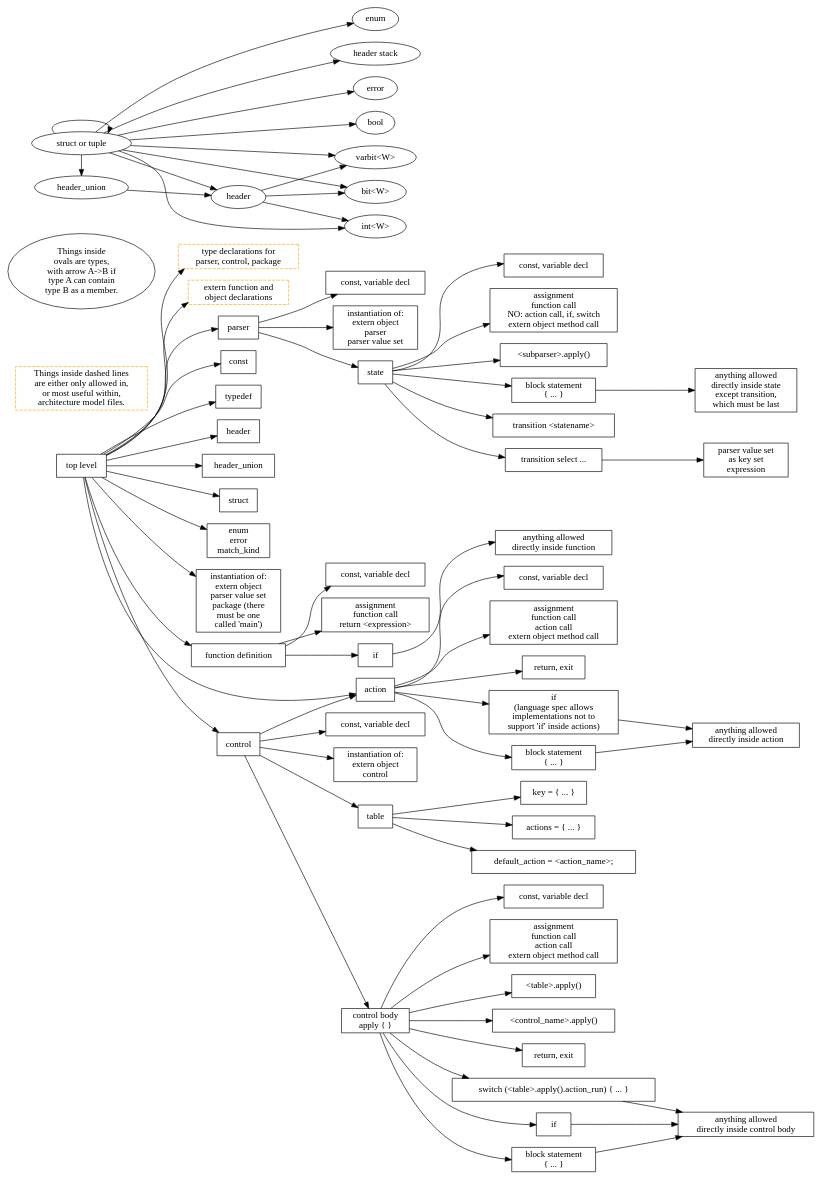
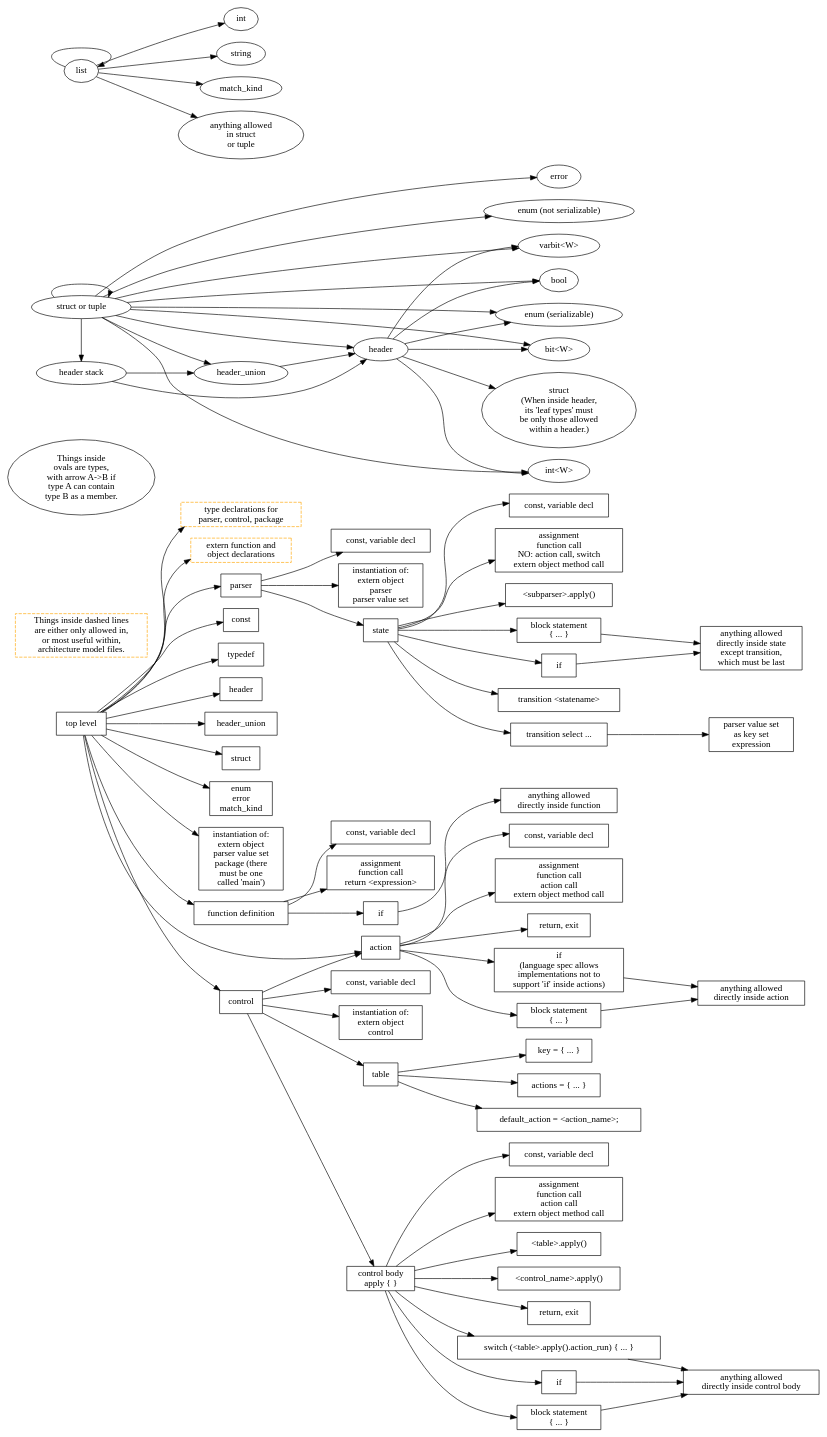
Before and after one commit to jafingerhut/p4-guide: the diagram in p4-16-allowed-constructs.dot, drawn with Graphviz. The commit also changed 2 other files, not shown here.

Commit message:
Updated p4-16-allowed-constructs files for 2024-Feb-15 Added: It is allowed to have `if` statements inside of parser states.
Replaced the table in text version describing what types can be
contained within other types, with a reference to the table in the
language specification that now officially documents those.  Updated
the figure version to match that table in the spec.

```diff
--- a/p4-16-allowed-constructs.dot
+++ b/p4-16-allowed-constructs.dot
@@ -1,169 +1,198 @@
 digraph p4_16_allowed_construct_nesting {
 
     node [shape=box];
     rankdir=LR;
-    
+
     toplevel [label="top level"];
     legend_bold_orange_box [label="Things inside dashed lines\nare either only allowed in,\nor most useful within,\narchitecture model files." style=dashed color=orange];
 
     toplevel -> typeDeclaration;
     typeDeclaration [label="type declarations for\nparser, control, package" style=dashed color=orange];
     toplevel -> externDeclaration;
     externDeclaration [label="extern function and\n object declarations" style=dashed color=orange];
     toplevel -> parserDeclaration;
     parserDeclaration [label="parser"];
     toplevel -> constantDeclaration1;
     constantDeclaration1 [label="const"];
     toplevel -> typedefDeclaration;
     typedefDeclaration [label="typedef"];
     toplevel -> headerTypeDeclaration;
     headerTypeDeclaration [label="header"];
     toplevel -> headerUnionDeclaration;
     headerUnionDeclaration [label="header_union"];
     toplevel -> structTypeDeclaration;
     structTypeDeclaration [label="struct"];
     toplevel -> enumErrorMatchKindDeclaration;
     enumErrorMatchKindDeclaration [label="enum\nerror\nmatch_kind"];
     toplevel -> Instantiation;
     Instantiation [label="instantiation of:\nextern object\nparser value set\npackage (there\nmust be one\ncalled 'main')"];
     toplevel -> functionDefinition;
     functionDefinition [label="function definition"];
     toplevel -> actionDeclaration;
     actionDeclaration [label="action"];
     toplevel -> controlDeclaration;
     controlDeclaration [label="control"];
 
     // this is 'parser <name> (<parameters>) { ... }'
     parserDeclaration -> constantOrVariableDeclaration2;
     constantOrVariableDeclaration2 [label="const, variable decl"];
     parserDeclaration -> Instantiation2;
     Instantiation2 [label="instantiation of:\nextern object\nparser\nparser value set"];
     parserDeclaration -> parserState;
 
     parserState [label="state"];
     parserState -> constantOrVariableDeclaration3;
     constantOrVariableDeclaration3 [label="const, variable decl"];
     parserState -> assignmentActionMethodCallStatement3;
-    assignmentActionMethodCallStatement3 [label="assignment\nfunction call\nNO: action call, if, switch\nextern object method call"];
+    assignmentActionMethodCallStatement3 [label="assignment\nfunction call\nNO: action call, switch\nextern object method call"];
     parserState -> parserApplyCallStatement3;
     parserApplyCallStatement3 [label="<subparser>.apply()"];
     parserState -> blockStatement3;
     blockStatement3 [label="block statement\n{ ... }"];
     blockStatement3 -> blockStatementInParserState;
     blockStatementInParserState [label="anything allowed\ndirectly inside state\nexcept transition,\nwhich must be last"];
+    parserState -> conditionalStatement8;
+    conditionalStatement8 [label="if"];
+    conditionalStatement8 -> blockStatementInParserState;
     parserState -> transitionStatement1;
     parserState -> transitionStatement2;
     transitionStatement1 [label="transition <statename>"];
     transitionStatement2 [label="transition select ..."];
     transitionStatement2 -> parserValueSetCall;
     parserValueSetCall [label="parser value set\nas key set\nexpression"];
 
     controlDeclaration -> constantOrVariableDeclaration4;
     constantOrVariableDeclaration4 [label="const, variable decl"];
     controlDeclaration -> Instantiation4;
     Instantiation4 [label="instantiation of:\nextern object\ncontrol"];
     controlDeclaration -> actionDeclaration;
     controlDeclaration -> tableDeclaration;
     controlDeclaration -> controlBody;
     controlBody [label="control body\napply { }"];
 
     tableDeclaration [label="table"];
     tableDeclaration -> tablePropertyKey;
     tablePropertyKey [label="key = { ... }"];
     tableDeclaration -> tablePropertyActions;
     tablePropertyActions [label="actions = { ... }"];
     tableDeclaration -> tablePropertyDefaultAction;
     tablePropertyDefaultAction [label="default_action = <action_name>;"];
 
     functionDefinition -> constantOrVariableDeclaration7;
     constantOrVariableDeclaration7 [label="const, variable decl"];
     functionDefinition -> assignmentFunctionCallStatement1;
     assignmentFunctionCallStatement1 [label="assignment\nfunction call\nreturn <expression>"];
     functionDefinition -> conditionalStatement7;
     conditionalStatement7 [label="if"];
     conditionalStatement7 -> blockStatementInFunctionDefinition;
     blockStatementInFunctionDefinition [label="anything allowed\ndirectly inside function"];
 
     actionDeclaration -> constantOrVariableDeclaration5;
     constantOrVariableDeclaration5 [label="const, variable decl"];
     actionDeclaration -> assignmentActionMethodCallStatement5;
     assignmentActionMethodCallStatement5 [label="assignment\nfunction call\naction call\nextern object method call"];
     actionDeclaration -> returnOrExitStatement5;
     returnOrExitStatement5 [label="return, exit"];
     actionDeclaration -> conditionalStatement5;
     conditionalStatement5 [label="if\n(language spec allows\nimplementations not to\nsupport 'if' inside actions)"];
     conditionalStatement5 -> blockStatementInActionDeclaration;
     actionDeclaration -> blockStatement5;
     blockStatement5 [label="block statement\n{ ... }"];
     blockStatement5 -> blockStatementInActionDeclaration;
     blockStatementInActionDeclaration [label="anything allowed\ndirectly inside action"];
 
     // I am making up actionCallStatement.  It might most closely
     // correspond in P4_16 grammar to assignmentOrMethodCallStatement.
     //actionCallStatement
 
     controlBody -> constantOrVariableDeclaration6;
     constantOrVariableDeclaration6 [label="const, variable decl"];
     controlBody -> assignmentActionMethodCallStatement6;
     assignmentActionMethodCallStatement6 [label="assignment\nfunction call\naction call\nextern object method call"];
     controlBody -> tableApplyCall6;
     tableApplyCall6 [label="<table>.apply()"];
     controlBody -> controlCallStatement6;
     controlCallStatement6 [label="<control_name>.apply()"];
     controlBody -> returnOrExitStatement6;
     returnOrExitStatement6 [label="return, exit"];
     controlBody -> switchStatement6;
     switchStatement6 [label="switch (<table>.apply().action_run) { ... }"];
     switchStatement6 -> blockStatementInControlBody;
     controlBody -> conditionalStatement6;
     conditionalStatement6 [label="if"];
     conditionalStatement6 -> blockStatementInControlBody;
     controlBody -> blockStatement6;
     blockStatement6 [label="block statement\n{ ... }"];
     blockStatement6 -> blockStatementInControlBody;
     blockStatementInControlBody [label="anything allowed\ndirectly inside control body"];
 
 
     legend_oval [label="Things inside\novals are types,\nwith arrow A->B if\ntype A can contain\ntype B as a member." shape=oval];
 
     {
     rank=same;
     containerStructOrTuple [shape=oval label="struct or tuple"];
     //containerStruct [shape=oval label="struct"];
     //containerTuple [shape=oval label="tuple"];
+    containerHeaderStack [shape=oval label="header stack"];
+    containerList [shape=oval label="list"];
+    }
+
+    {
+    rank=same;
     containerHeaderUnion [shape=oval label="header_union"];
     }
 
     {
     rank=same;
     containerHeader [shape=oval label="header"];
     }
 
     {
     rank=same;
     elementBitW [shape=oval label="bit<W>"];
     elementIntW [shape=oval label="int<W>"];
     elementVarbitW [shape=oval label="varbit<W>"];
     elementError [shape=oval label="error"];
     elementBool [shape=oval label="bool"];
-    elementEnum [shape=oval label="enum"];
-    elementHeaderStack [shape=oval label="header stack"];
+    elementSerializableEnum [shape=oval label="enum (serializable)"];
+    elementNonSerializableEnum [shape=oval label="enum (not serializable)"];
     }
+
+    elementInt [shape=oval label="int"];
+    elementString [shape=oval label="string"];
+    elementMatchKind [shape=oval label="match_kind"];
+    elementAnythingAllowedInStructOrTuple [shape=oval label="anything allowed\nin struct\nor tuple"];
+
+    containerHeaderStack -> containerHeader;
+    containerHeaderStack -> containerHeaderUnion;
 
     containerHeader -> elementBitW;
     containerHeader -> elementIntW;
     containerHeader -> elementVarbitW;
+    containerHeader -> elementBool;
+    containerHeader -> elementSerializableEnum;
+    containerHeader -> elementStruct;
+
+    elementStruct [shape=oval label="struct\n(When inside header,\nits 'leaf types' must\nbe only those allowed\nwithin a header.)"];
 
     containerHeaderUnion -> containerHeader;
 
     containerStructOrTuple -> elementBitW;
     containerStructOrTuple -> elementIntW;
     containerStructOrTuple -> elementVarbitW;
     containerStructOrTuple -> elementError;
     containerStructOrTuple -> elementBool;
-    containerStructOrTuple -> elementEnum;
+    containerStructOrTuple -> elementSerializableEnum;
+    containerStructOrTuple -> elementNonSerializableEnum;
     containerStructOrTuple -> containerHeader;
     containerStructOrTuple -> containerHeaderUnion;
-    containerStructOrTuple -> elementHeaderStack;
+    containerStructOrTuple -> containerHeaderStack;
     containerStructOrTuple -> containerStructOrTuple;
+
+    containerList -> elementInt;
+    containerList -> elementString;
+    containerList -> elementMatchKind;
+    containerList -> containerList;
+    containerList -> elementAnythingAllowedInStructOrTuple
 }
```
